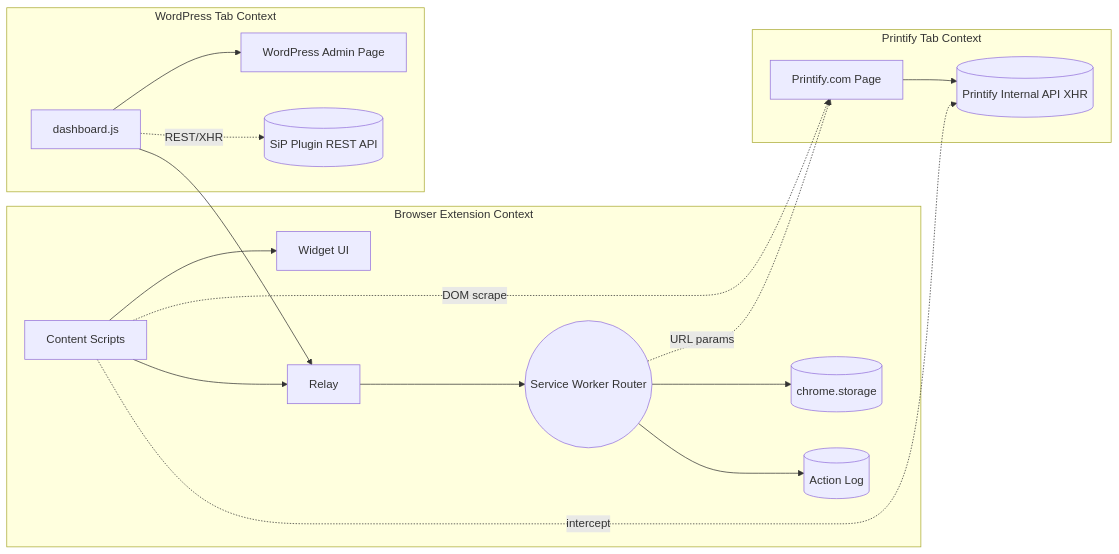
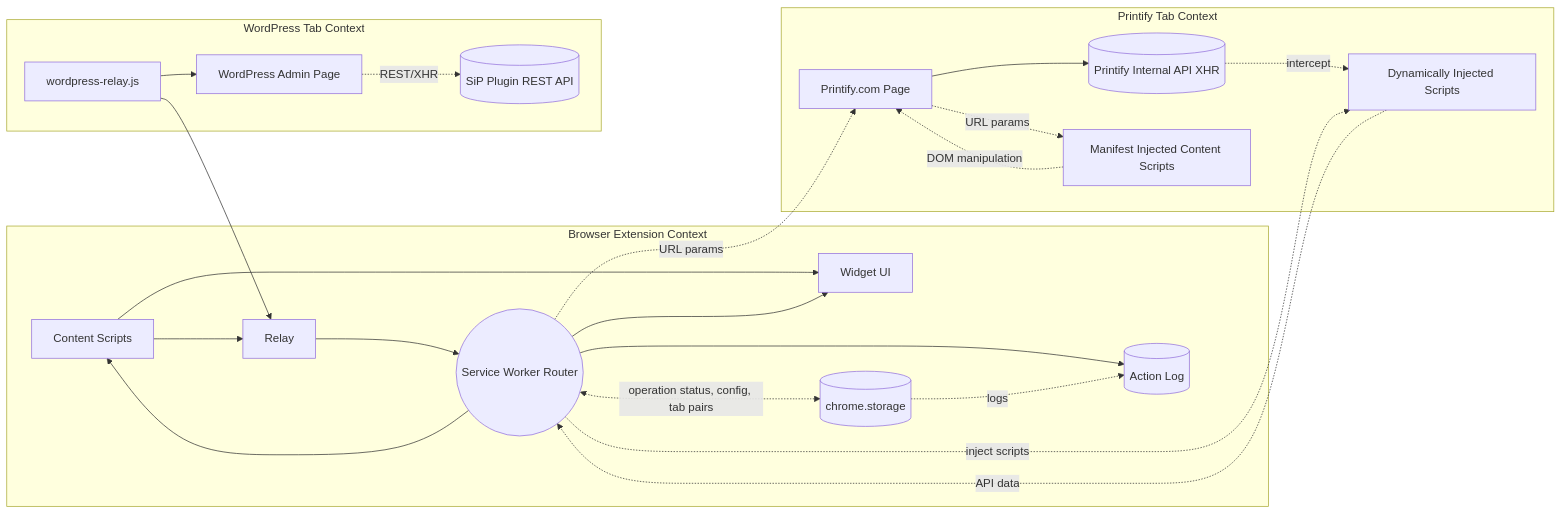
The first of 9 diagrams in guidelines/sip-printify-manager-extension-guidelines-v2.md (tdemelle-SiP/.claude), drawn with Mermaid before and after one commit. The commit also changed other lines of this file, not shown here.

First line of the commit message:
updated the   sip-printify-manager-extension-guidelines-v2.md   documentation to align with the actual code   implementation. Here are the major changes made:

````diff
--- a/guidelines/sip-printify-manager-extension-guidelines-v2.md
+++ b/guidelines/sip-printify-manager-extension-guidelines-v2.md
@@ -57,26 +57,34 @@
 ```mermaid
 graph LR
   subgraph "Browser Extension Context"
     CS[Content Scripts] --> WUI[Widget UI]
     CS --> Relay
     Relay --> Router((Service Worker Router))
-    Router --> Storage[(chrome.storage)]
+    Router <-. operation status, config, tab pairs .-> Storage[(chrome.storage)]
+    Router --> CS
+    Router --> WUI
     Router --> Logger[(Action Log)]
+    Storage -. logs .-> Logger
   end
 
   subgraph "WordPress Tab Context"
     WPPage[WordPress Admin Page]
-    WPJS[dashboard.js] --> WPPage
-    WPJS --> Relay
-    WPJS -. REST/XHR .-> WPAPI[(SiP Plugin REST API)]
+    WPRelay[wordpress-relay.js] --> WPPage
+    WPRelay --> Relay
+    WPPage -. REST/XHR .-> WPAPI[(SiP Plugin REST API)]
   end
 
   subgraph "Printify Tab Context"
     PrintifyPage[Printify.com Page]
     InternalAPI[(Printify Internal API XHR)]
+    MICS[Manifest Injected Content Scripts]
+    DIS[Dynamically Injected Scripts]
     PrintifyPage --> InternalAPI
-    CS -. intercept .-> InternalAPI
-    CS -. DOM scrape .-> PrintifyPage
+    InternalAPI -. intercept .-> DIS
+    PrintifyPage -. URL params .-> MICS
+    MICS -. DOM manipulation .-> PrintifyPage
+    DIS -. API data .-> Router
     Router -. URL params .-> PrintifyPage
+    Router -. inject scripts .-> DIS
   end
 ```
````
